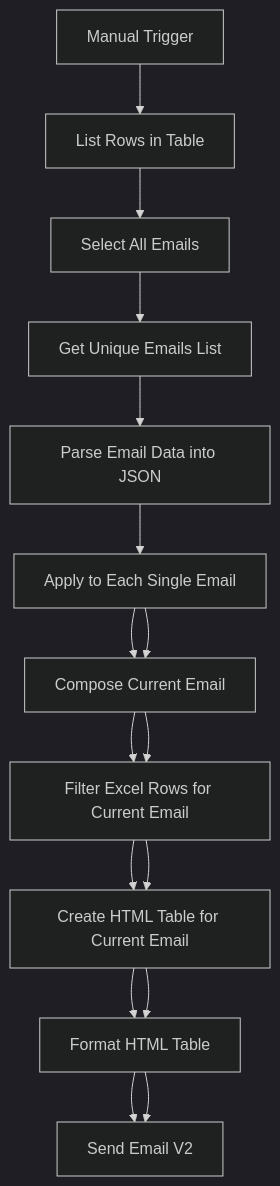
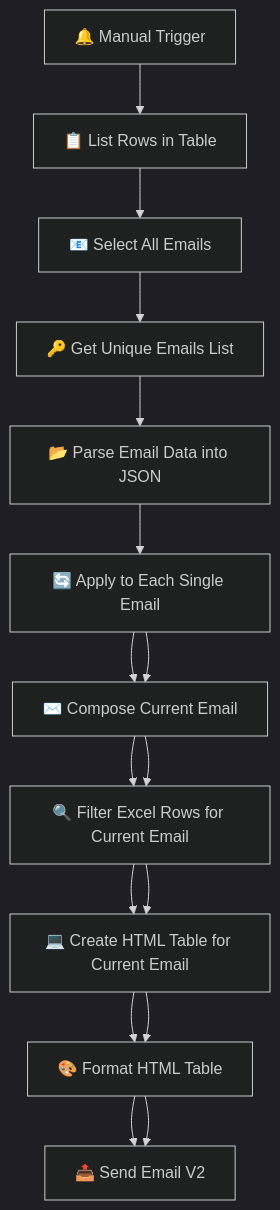
The diagram in Notify customers about overdue invoices/README.md (MateuszMachowina/power-automate), drawn with Mermaid (dark theme) before and after one commit. The commit also changed other lines of this file, not shown here.

````diff
--- a/Notify customers about overdue invoices/README.md
+++ b/Notify customers about overdue invoices/README.md
@@ -7,22 +7,21 @@
 ```mermaid
 graph TB
-    A[Manual Trigger] --> B[List Rows in Table]
-    B --> C[Select All Emails]
-    C --> D[Get Unique Emails List]
-    D --> E[Parse Email Data into JSON]
+    A[🔔 Manual Trigger] --> B[📋 List Rows in Table]
+    B --> C[📧 Select All Emails]
+    C --> D[🔑 Get Unique Emails List]
+    D --> E[📂 Parse Email Data into JSON]
 
-    E --> F[Apply to Each Single Email]
-    F --> G[Compose Current Email]
-    G --> H[Filter Excel Rows for Current Email]
-    H --> I[Create HTML Table for Current Email]
-    I --> J[Format HTML Table]
-    J --> K[Send Email V2]
+    E --> F[🔄 Apply to Each Single Email]
+    F --> G[✉️ Compose Current Email]
+    G --> H[🔍 Filter Excel Rows for Current Email]
+    H --> I[💻 Create HTML Table for Current Email]
+    I --> J[🎨 Format HTML Table]
+    J --> K[📤 Send Email V2]
 
     %% Loop details
     F --> G
     G --> H
     H --> I
     I --> J
     J --> K
-
 ```
````
